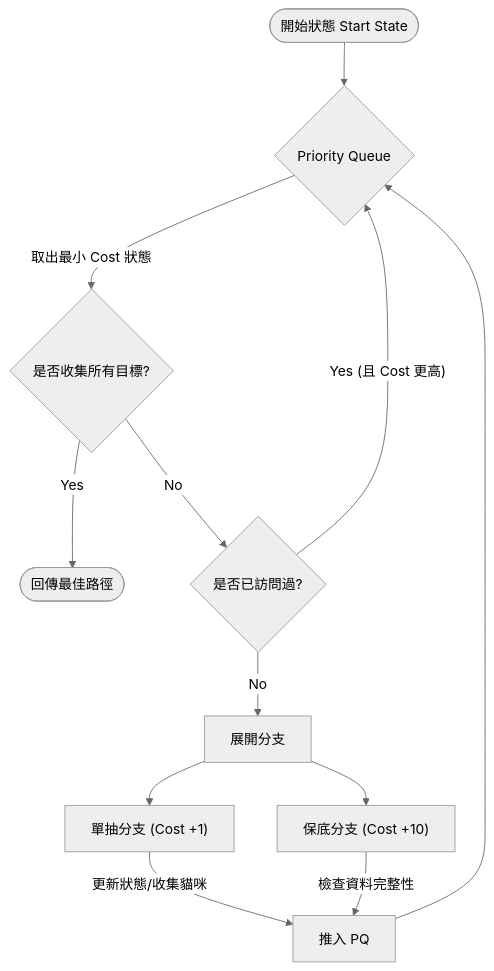
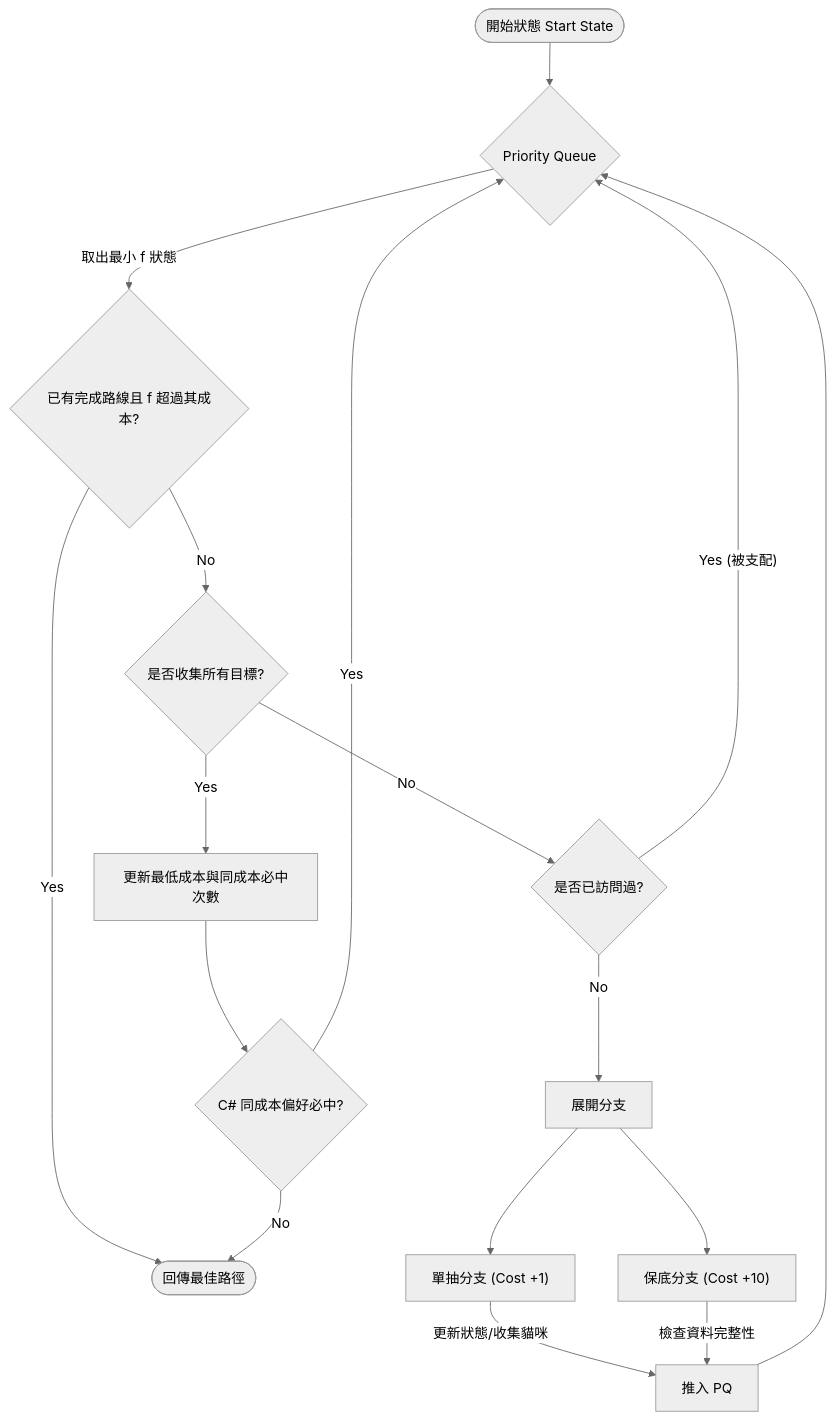
One commit to shiroki9979/battle-cat-calc changed the diagram in docs/design_logic.md. Above: the diagram before and after it, drawn with Mermaid (neutral theme). The commit also changed other lines of this file and 4 other files, not shown here.

````diff
--- a/docs/design_logic.md
+++ b/docs/design_logic.md
@@ -84,19 +126,23 @@
 ```mermaid
 graph TD
     Start([開始狀態 Start State]) --> PQ{Priority Queue}
-    PQ -->|取出最小 Cost 狀態| CheckGoal{是否收集所有目標?}
-    
-    CheckGoal -- Yes --> Found([回傳最佳路徑])
+    PQ -->|取出最小 f 狀態| CheckBound{已有完成路線且 f 超過其成本?}
+    CheckBound -- Yes --> Found([回傳最佳路徑])
+    CheckBound -- No --> CheckGoal{是否收集所有目標?}
+    CheckGoal -- Yes --> UpdateGoal[更新最低成本與同成本必中次數]
+    UpdateGoal --> Preference{C# 同成本偏好必中?}
+    Preference -- Yes --> PQ
+    Preference -- No --> Found
     CheckGoal -- No --> CheckVisited{是否已訪問過?}
     
-    CheckVisited -- Yes (且 Cost 更高) --> PQ
+    CheckVisited -- Yes (被支配) --> PQ
     CheckVisited -- No --> Expand[展開分支]
     
     Expand --> SingleRoll["單抽分支 (Cost +1)"]
     Expand --> GuaRoll["保底分支 (Cost +10)"]
     
     SingleRoll -->|更新狀態/收集貓咪| GenericPush[推入 PQ]
     GuaRoll -->|檢查資料完整性| GenericPush
     
     GenericPush --> PQ
 ```
````
